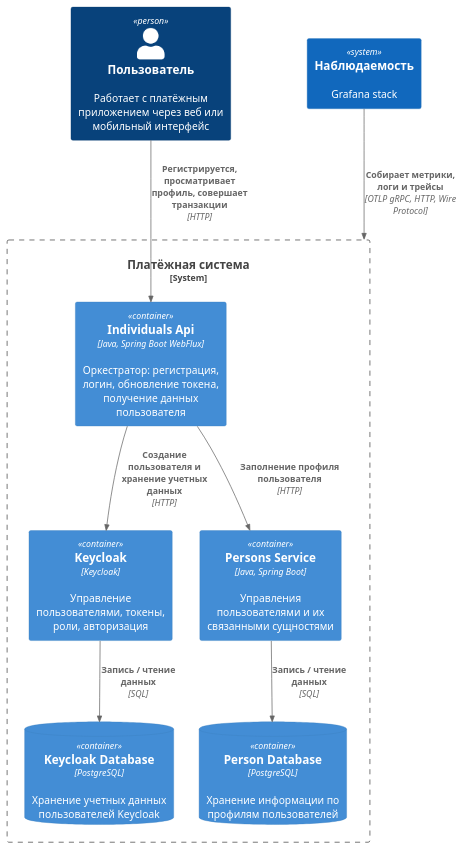
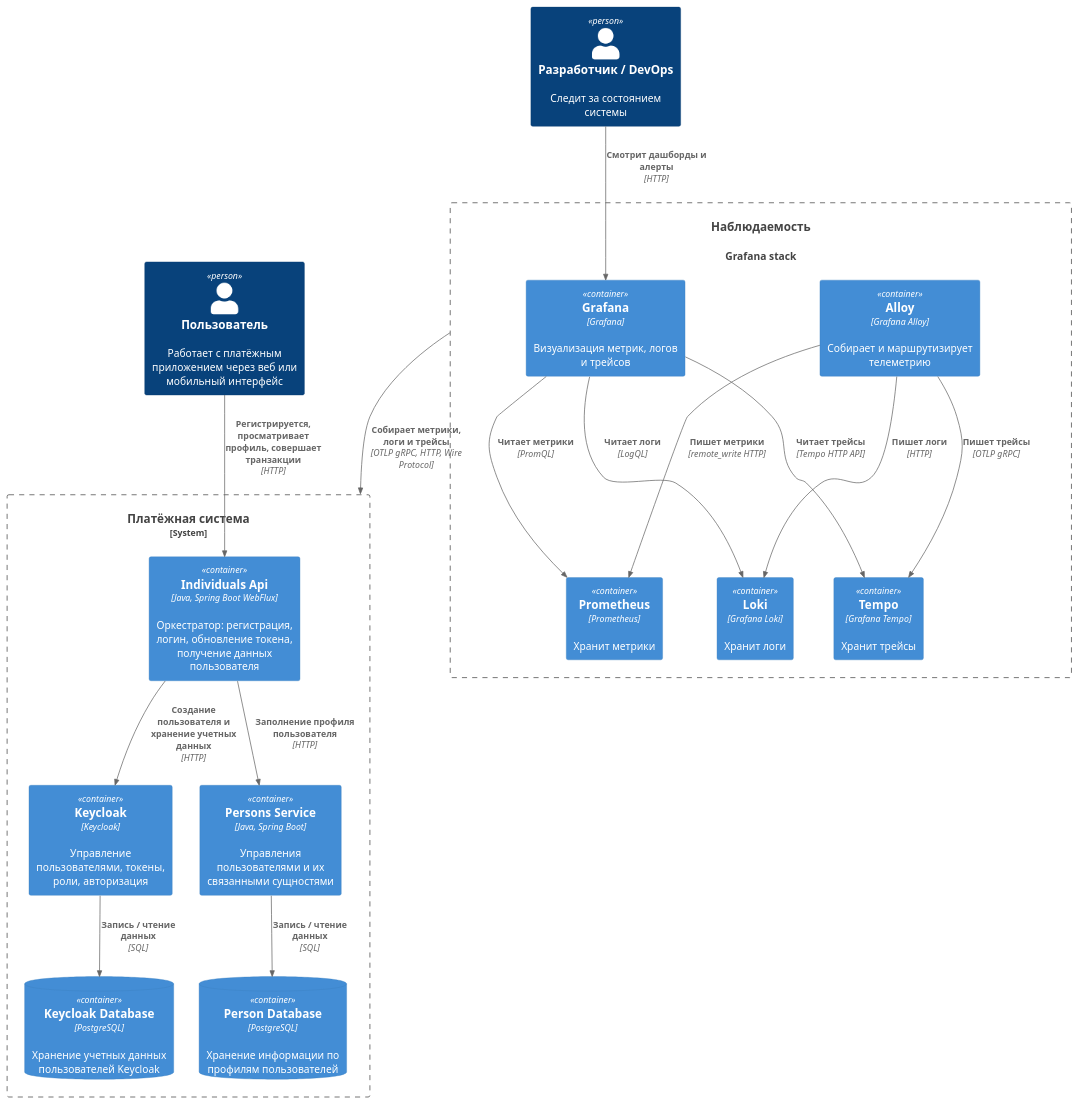
Before and after one commit to Ersted-me/payment-system: the diagram in architecture/С4_Container_Payment_System.puml, drawn with PlantUML. The commit also changed 2 other files, not shown here.

Commit message:
update C4 diagrams

```diff
--- a/architecture/С4_Container_Payment_System.puml
+++ b/architecture/С4_Container_Payment_System.puml
@@ -1,25 +1,48 @@
 @startuml
 !include https://raw.githubusercontent.com/plantuml-stdlib/C4-PlantUML/master/C4_Container.puml
 
 Person(user, "Пользователь", "Работает с платёжным приложением через веб или мобильный интерфейс")
 
 System(observability, "Наблюдаемость", "Grafana stack")
 
 System_Boundary(paymentSystem, "Платёжная система") {
     Container(individuals_api, "Individuals Api", "Java, Spring Boot WebFlux", "Оркестратор: регистрация, логин, обновление токена, получение данных пользователя")
     Container(keycloak, "Keycloak", "Keycloak", "Управление пользователями, токены, роли, авторизация")
     ContainerDb(keycloak_database, "Keycloak Database", "PostgreSQL", "Хранение учетных данных пользователей Keycloak")
     Container(persons_service, "Persons Service", "Java, Spring Boot", "Управления пользователями и их связанными сущностями")
     ContainerDb(person_database, "Person Database", "PostgreSQL", "Хранение информации по профилям пользователей")
 }
 
 Rel(observability, paymentSystem, "Собирает метрики, логи и трейсы", "OTLP gRPC, HTTP, Wire Protocol")
 
 Rel(user, individuals_api, "Регистрируется, просматривает профиль, совершает транзакции", "HTTP")
 Rel(individuals_api, keycloak, "Создание пользователя и хранение учетных данных", "HTTP")
 Rel(keycloak, keycloak_database, "Запись / чтение данных", "SQL")
 Rel(individuals_api, persons_service, "Заполнение профиля пользователя", "HTTP")
 Rel(persons_service, person_database, "Запись / чтение данных", "SQL")
 
 
+
+Person(dev, "Разработчик / DevOps", "Следит за состоянием системы")
+
+System_Boundary(observability, "Наблюдаемость") {
+    Container(alloy, "Alloy", "Grafana Alloy", "Собирает и маршрутизирует телеметрию")
+    Container(prometheus, "Prometheus", "Prometheus", "Хранит метрики")
+    Container(loki, "Loki", "Grafana Loki", "Хранит логи")
+    Container(tempo, "Tempo", "Grafana Tempo", "Хранит трейсы")
+    Container(grafana, "Grafana", "Grafana", "Визуализация метрик, логов и трейсов")
+}
+
+Rel(dev, grafana, "Смотрит дашборды и алерты", "HTTP")
+
+Rel(alloy, prometheus, "Пишет метрики", "remote_write HTTP")
+Rel(alloy, loki, "Пишет логи", "HTTP")
+Rel(alloy, tempo, "Пишет трейсы", "OTLP gRPC")
+
+Rel(grafana, prometheus, "Читает метрики", "PromQL")
+Rel(grafana, loki, "Читает логи", "LogQL")
+Rel(grafana, tempo, "Читает трейсы", "Tempo HTTP API")
+
+
+
 @enduml
```
